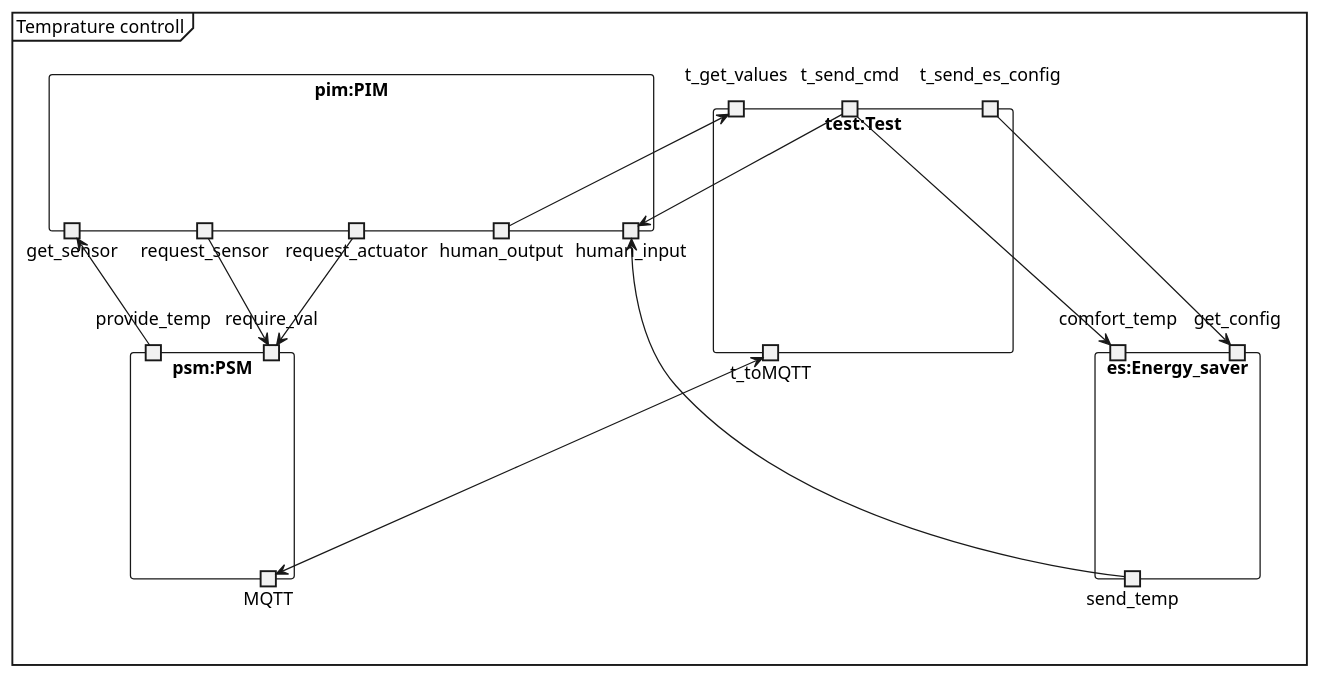
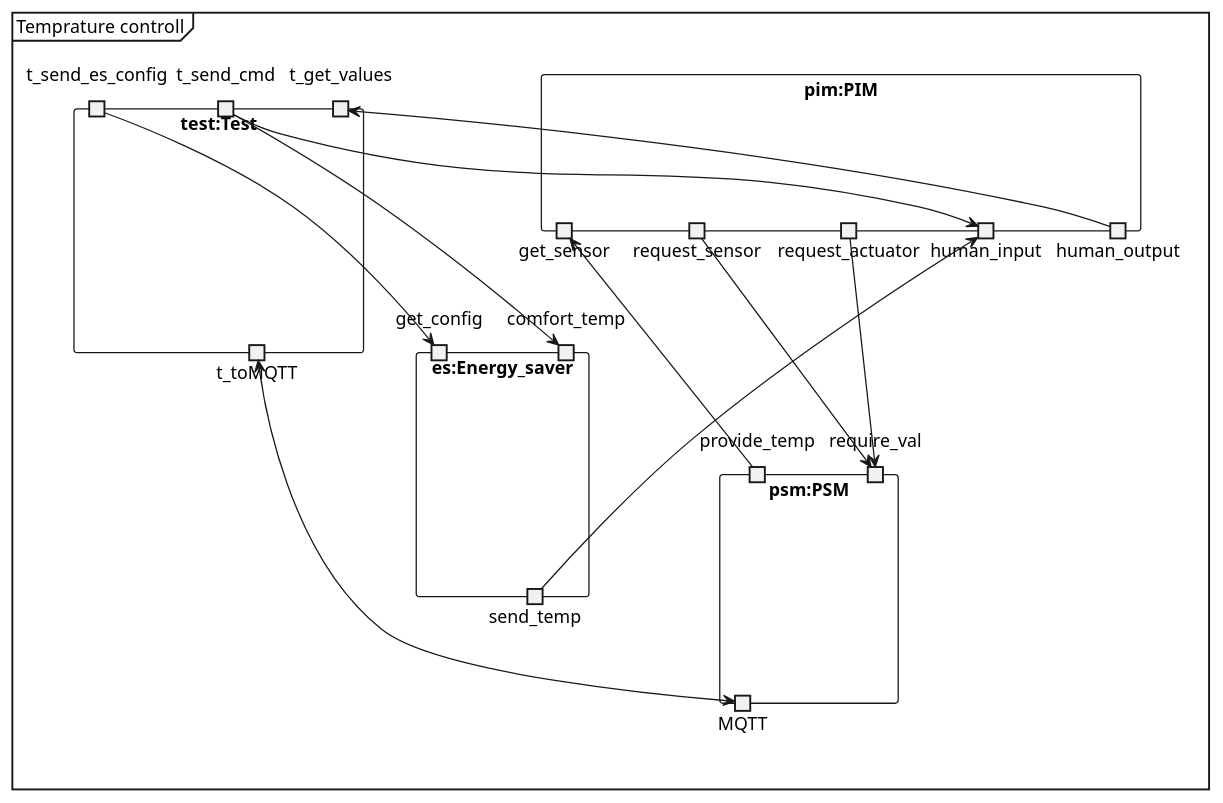
The diagram in Oblig1/architecture test.plantuml (Tobhal/HIOF-Models-and-Digital-Twins), drawn with PlantUML before and after one commit. The commit also changed 2 other files, not shown here.

```diff
--- a/Oblig1/architecture test.plantuml
+++ b/Oblig1/architecture test.plantuml
@@ -1,63 +1,63 @@
 @startuml Temprature controll
 mainframe Temprature controll
 
 'PIM
 rectangle pim:PIM {
     'left
     portout get_sensor
     portout request_sensor
     portout request_actuator
-
+    
     'right
     portout human_output
     portout human_input
 }
 
 'PSM
 rectangle psm:PSM {
     'left
     portin provide_temp
     portin require_val
 
     'right
     portout MQTT
 }
 
 'Energy saver
 rectangle es:Energy_saver {
     portin comfort_temp
     portin get_config
     
     portout send_temp
 }
 
 'Test thing
 rectangle test:Test {
     portin t_send_es_config
     portin t_get_values
     portin t_send_cmd
 
     portout t_toMQTT
 }
 
 'Human
 t_send_cmd --> human_input
 
 t_send_cmd ---> comfort_temp
 t_send_es_config ---> get_config
 
 'PIM
-human_output --> t_get_values
-request_sensor --> require_val
-request_actuator --> require_val
+human_output ---> t_get_values
+request_sensor ---> require_val
+request_actuator ---> require_val
 
 'PSM
 provide_temp --> get_sensor
 
 'MQTT
 t_toMQTT <--> MQTT
 
 'Energy saver
 send_temp ---> human_input
 
 @enduml
```
